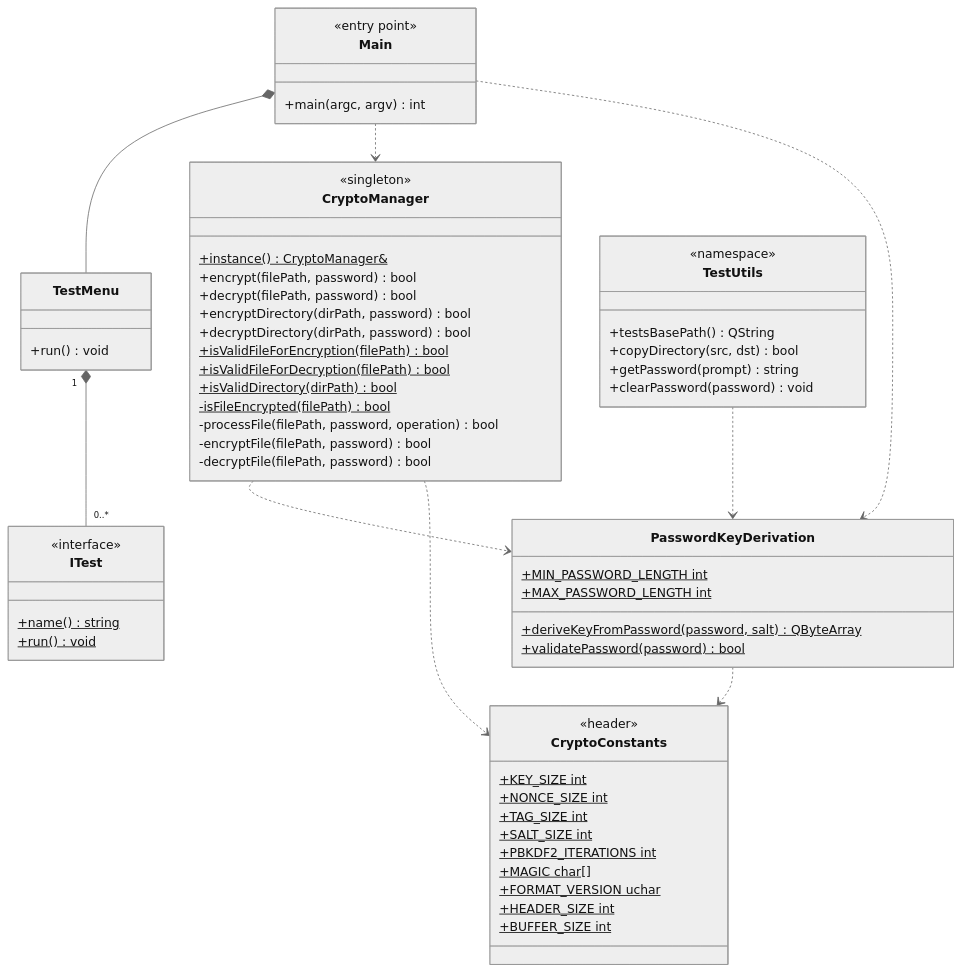
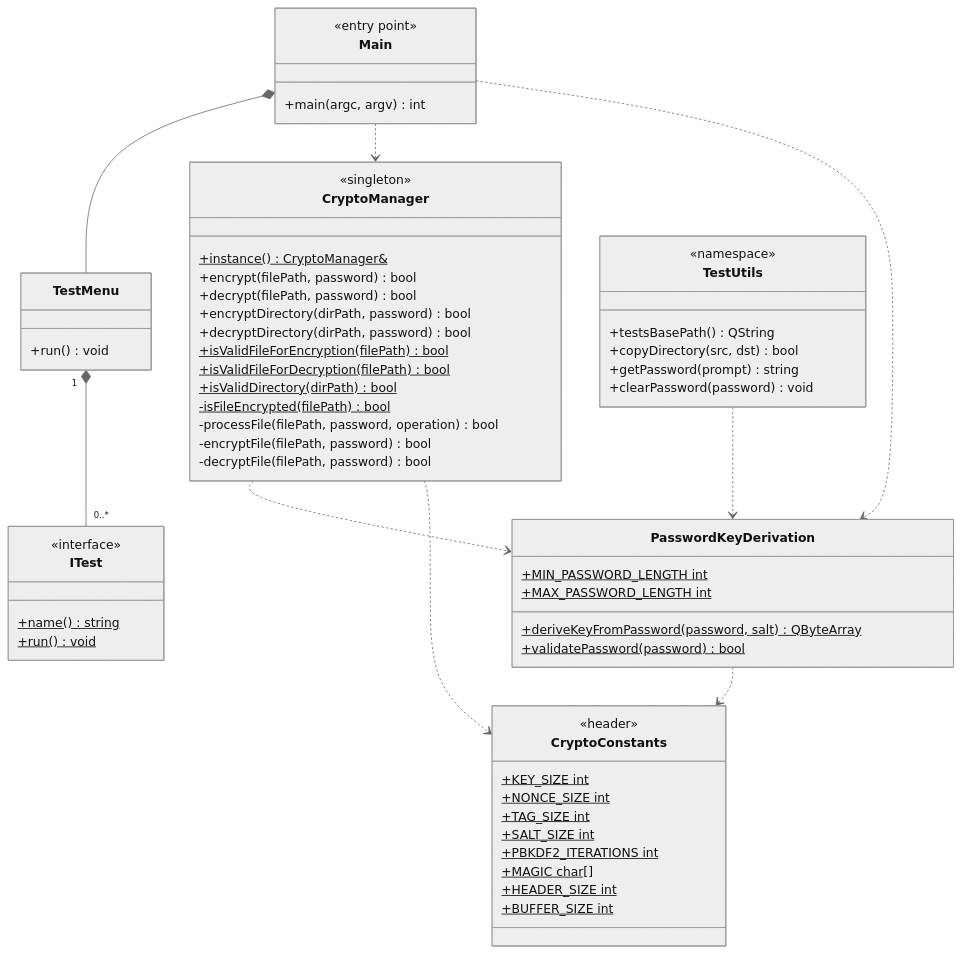
One commit to ytochkaa/development_of_information_security_tools changed the diagram in README.md. Above: the diagram before and after it, drawn with Mermaid (neutral theme). The commit also changed other lines of this file and 3 other files, not shown here.

````diff
--- a/README.md
+++ b/README.md
@@ -168,72 +167,71 @@
 ```mermaid
 classDiagram
     class Main {
         <<entry point>>
         +main(argc, argv) int
     }
 
     class CryptoManager {
         <<singleton>>
         +instance() CryptoManager&$
         +encrypt(filePath, password) bool
         +decrypt(filePath, password) bool
         +encryptDirectory(dirPath, password) bool
         +decryptDirectory(dirPath, password) bool
         +isValidFileForEncryption(filePath) bool$
         +isValidFileForDecryption(filePath) bool$
         +isValidDirectory(dirPath) bool$
         -isFileEncrypted(filePath) bool$
         -processFile(filePath, password, operation) bool
         -encryptFile(filePath, password) bool
         -decryptFile(filePath, password) bool
     }
 
     class PasswordKeyDerivation {
         +deriveKeyFromPassword(password, salt) QByteArray$
         +validatePassword(password) bool$
         +MIN_PASSWORD_LENGTH int$
         +MAX_PASSWORD_LENGTH int$
     }
 
     class CryptoConstants {
         <<header>>
         +KEY_SIZE int$
         +NONCE_SIZE int$
         +TAG_SIZE int$
         +SALT_SIZE int$
         +PBKDF2_ITERATIONS int$
         +MAGIC char[]$
-        +FORMAT_VERSION uchar$
         +HEADER_SIZE int$
         +BUFFER_SIZE int$
     }
 
     class TestMenu {
         +run() void
     }
 
     class ITest {
         <<interface>>
         +name() string$
         +run() void$
     }
 
     class TestUtils {
         <<namespace>>
         +testsBasePath() QString
         +copyDirectory(src, dst) bool
         +getPassword(prompt) string
         +clearPassword(password) void
     }
 
     Main *-- TestMenu
     Main ..> CryptoManager
     Main ..> PasswordKeyDerivation
 
     TestMenu "1" *-- "0..*" ITest
 
     CryptoManager ..> PasswordKeyDerivation
     CryptoManager ..> CryptoConstants
     PasswordKeyDerivation ..> CryptoConstants
     TestUtils ..> PasswordKeyDerivation
 ```
````
